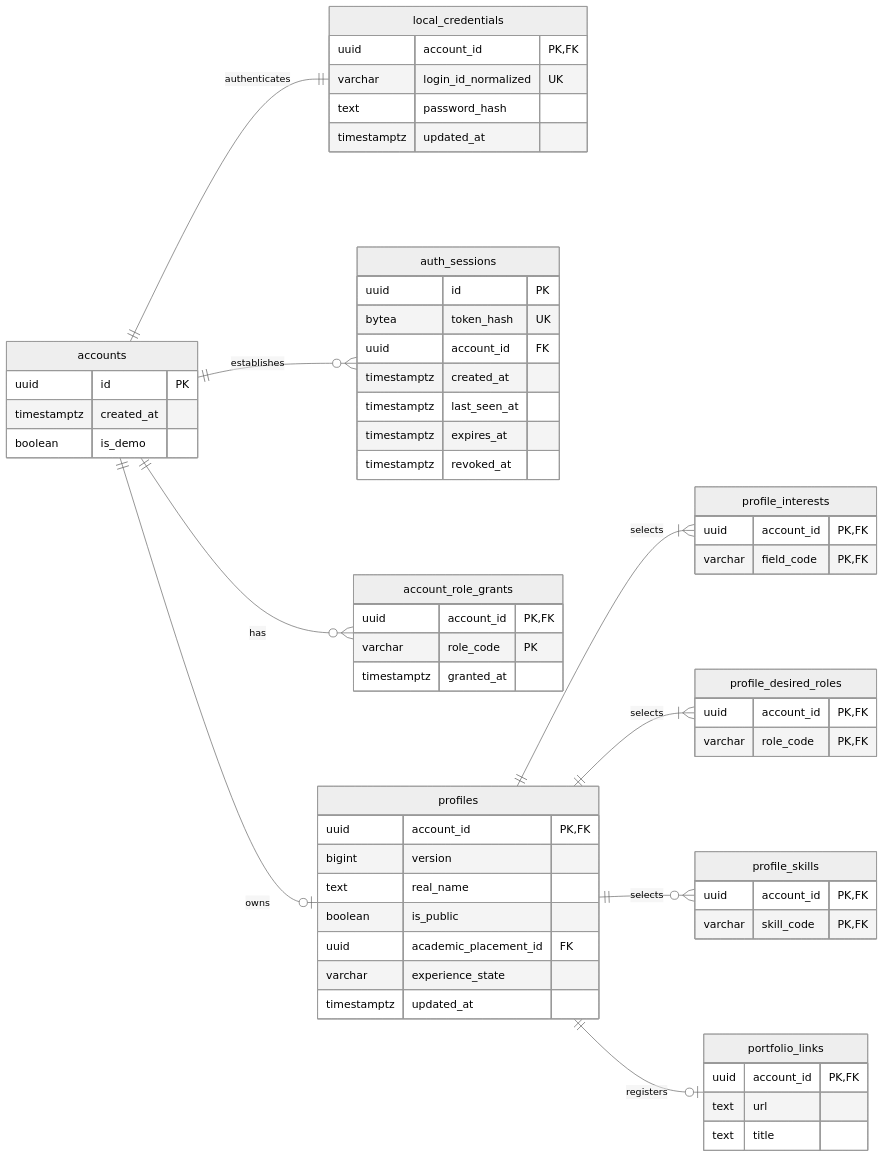
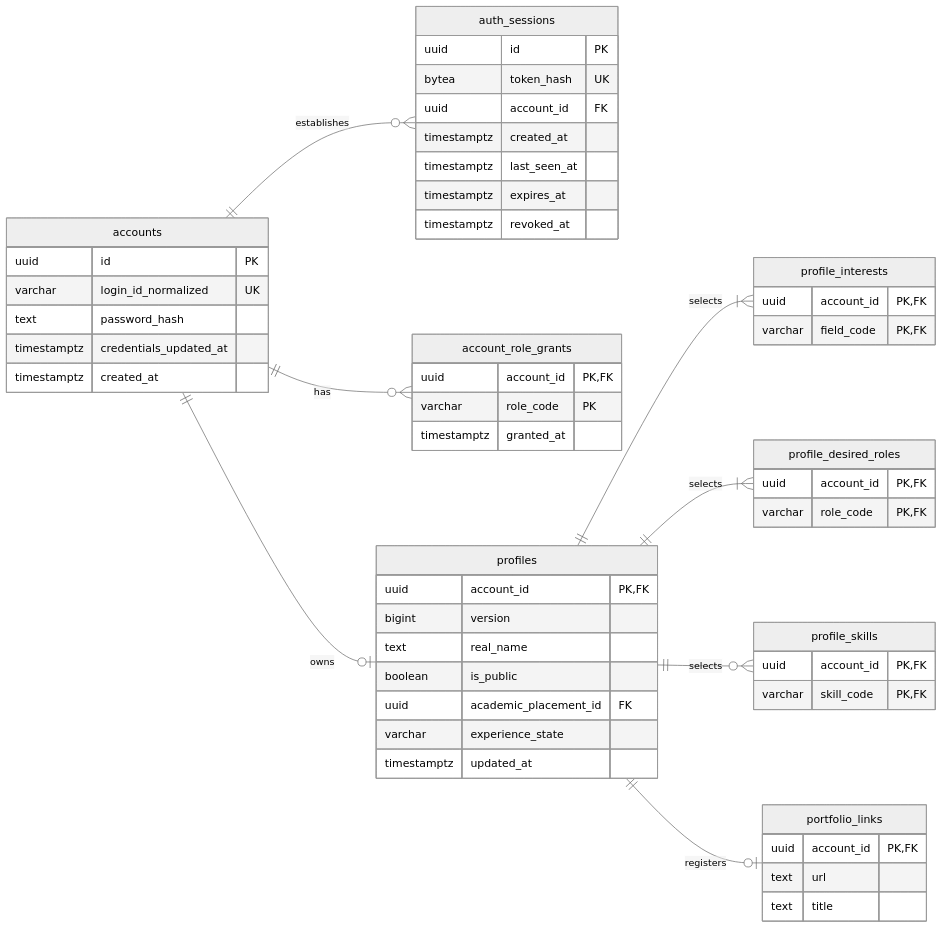
Before and after one commit to wejo-team/sku-dreamon: the diagram in docs/database/identity.md, drawn with Mermaid (neutral theme). The commit also changed other lines of this file and 11 other files, not shown here.

````diff
--- a/docs/database/identity.md
+++ b/docs/database/identity.md
@@ -22,63 +22,58 @@
 ```mermaid
 erDiagram
     direction LR
-    accounts ||--|| local_credentials : authenticates
     accounts ||--o{ auth_sessions : establishes
     accounts ||--o{ account_role_grants : has
     accounts ||--o| profiles : owns
     profiles ||--|{ profile_interests : selects
     profiles ||--|{ profile_desired_roles : selects
     profiles ||--o{ profile_skills : selects
     profiles ||--o| portfolio_links : registers
     accounts {
         uuid id PK
+        varchar login_id_normalized UK
+        text password_hash
+        timestamptz credentials_updated_at
         timestamptz created_at
-        boolean is_demo
     }
     account_role_grants {
         uuid account_id PK,FK
         varchar role_code PK
         timestamptz granted_at
-    }
-    local_credentials {
-        uuid account_id PK,FK
-        varchar login_id_normalized UK
-        text password_hash
-        timestamptz updated_at
     }
     auth_sessions {
         uuid id PK
         bytea token_hash UK
         uuid account_id FK
         timestamptz created_at
         timestamptz last_seen_at
         timestamptz expires_at
         timestamptz revoked_at
     }
     profiles {
         uuid account_id PK,FK
         bigint version
         text real_name
         boolean is_public
         uuid academic_placement_id FK
         varchar experience_state
         timestamptz updated_at
     }
     profile_interests {
         uuid account_id PK,FK
         varchar field_code PK,FK
     }
     profile_desired_roles {
         uuid account_id PK,FK
         varchar role_code PK,FK
     }
     profile_skills {
         uuid account_id PK,FK
         varchar skill_code PK,FK
     }
     portfolio_links {
         uuid account_id PK,FK
         text url
         text title
     }
 ```
````
